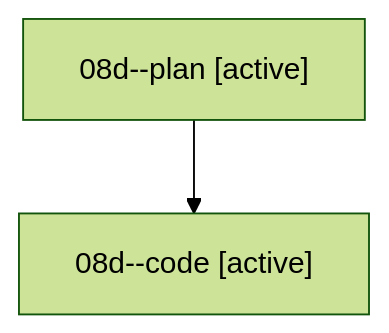
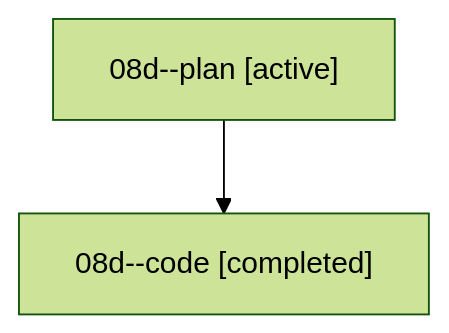
One commit to sase-org/sase--agents changed the diagram in families/bbugyi200.athena.08d.md. Above: the diagram before and after it, drawn with Mermaid (forest theme). The commit also changed other lines of this file and 35830 other files, not shown here.

````diff
--- a/families/bbugyi200.athena.08d.md
+++ b/families/bbugyi200.athena.08d.md
@@ -9,6 +9,6 @@
 ```mermaid
 flowchart TD
   n0["08d--plan [active]"]
-  n1["08d--code [active]"]
+  n1["08d--code [completed]"]
   n0 --> n1
 ```
````
